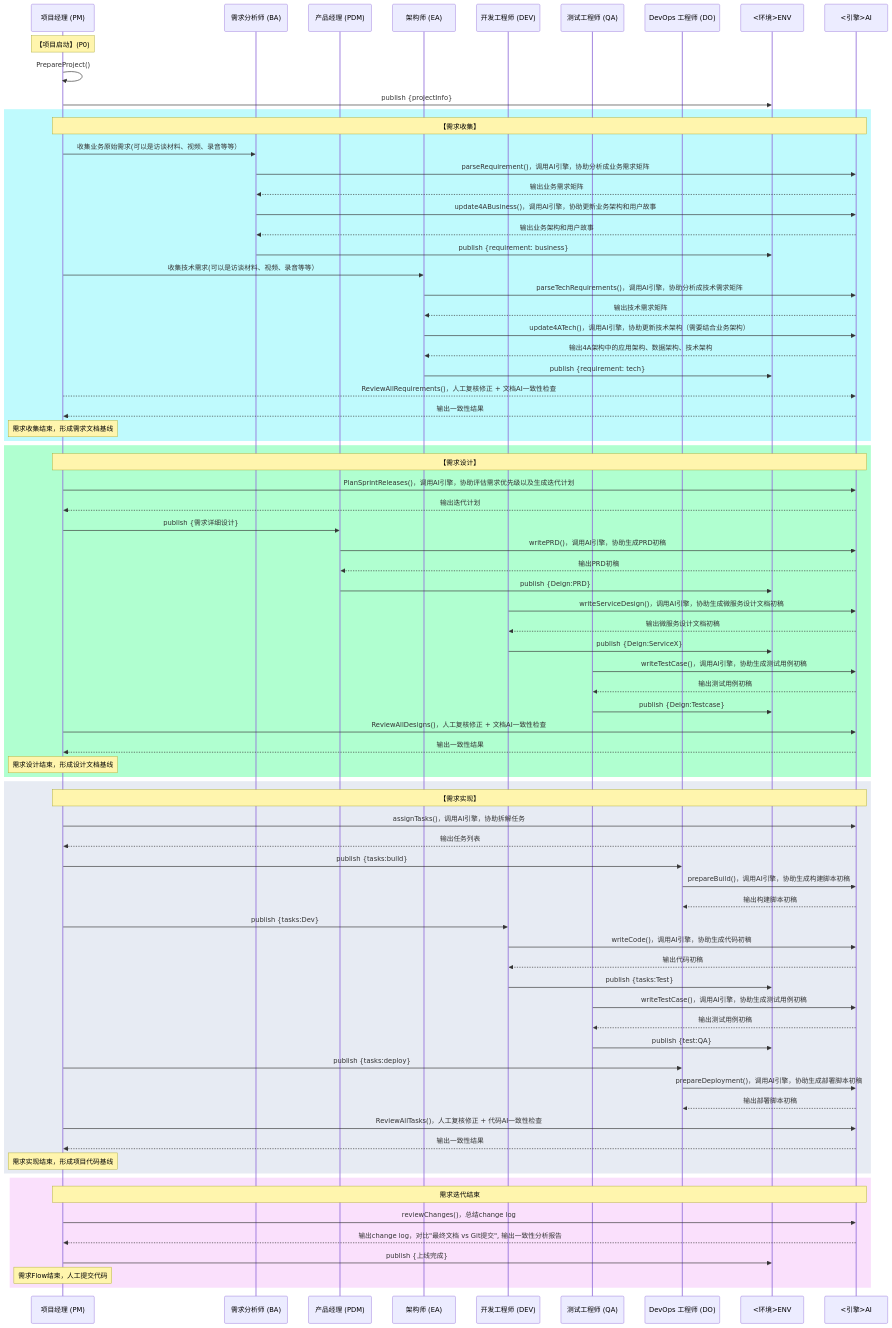
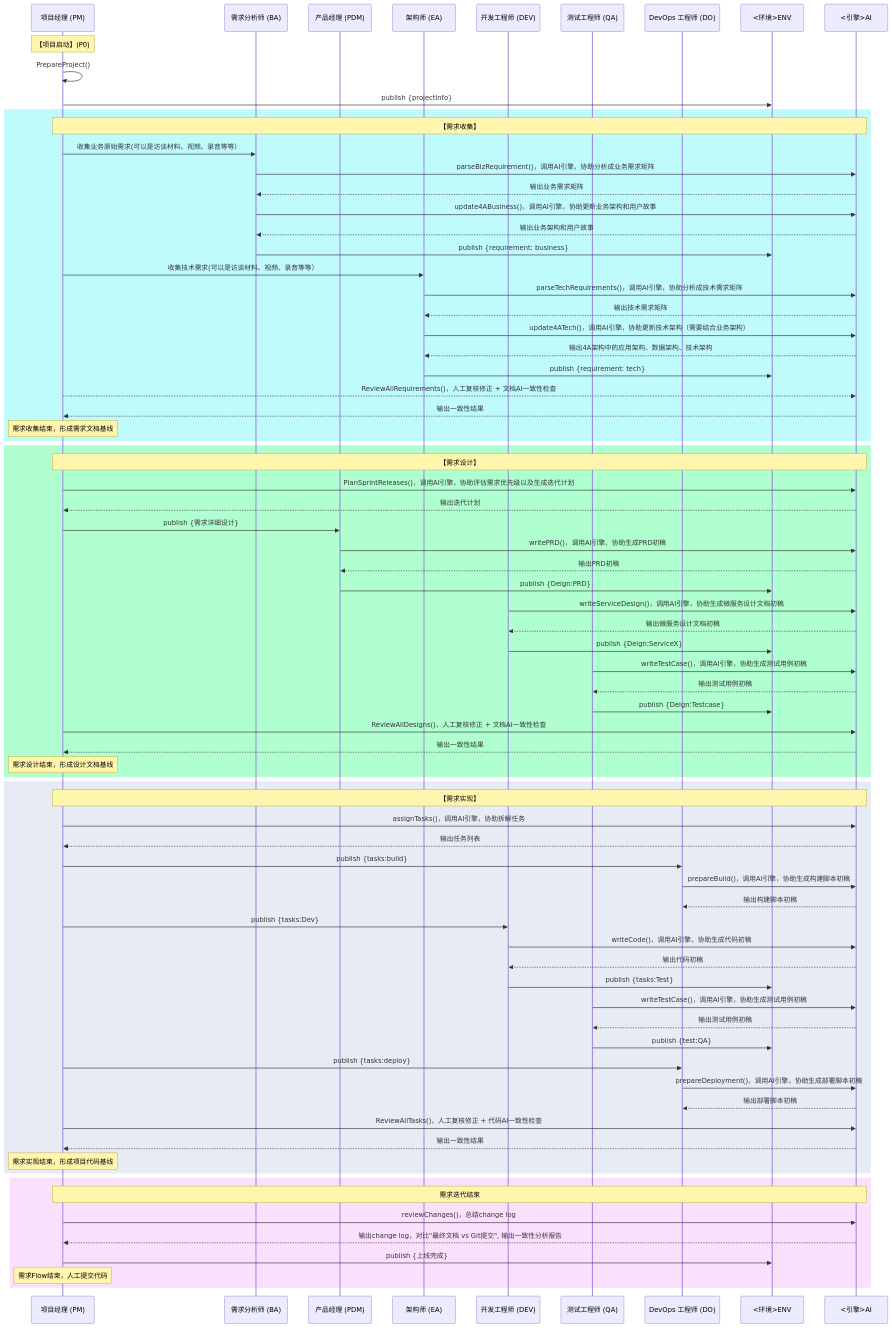
One commit to Caijiacheng/MetaGPT changed the diagram in docs/README_AICO_CN_1.2.md. Above: the diagram before and after it, drawn with Mermaid. The commit also changed other lines of this file and 15 other files, not shown here.

```diff
--- a/docs/README_AICO_CN_1.2.md
+++ b/docs/README_AICO_CN_1.2.md
@@ -91,7 +91,7 @@
    rect rgb(191, 250, 253)
    note over PM,AI: 【需求收集】
     PM->>BA: 收集业务原始需求(可以是访谈材料、视频、录音等等）
-    BA->>AI: parseRequirement()，调用AI引擎，协助分析成业务需求矩阵
+    BA->>AI: parseBizRequirement()，调用AI引擎，协助分析成业务需求矩阵
     AI-->>BA: 输出业务需求矩阵
     BA->>AI: update4ABusiness()，调用AI引擎，协助更新业务架构和用户故事
     AI-->>BA: 输出业务架构和用户故事
```
